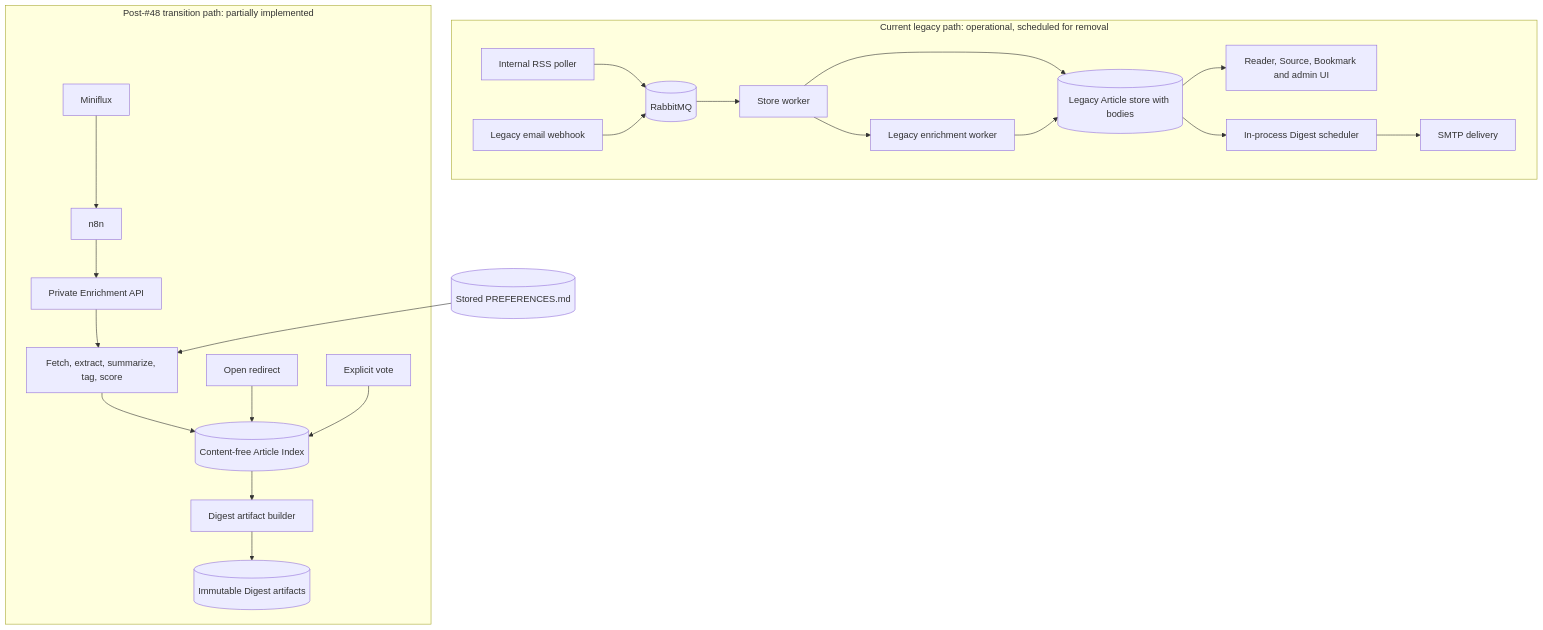
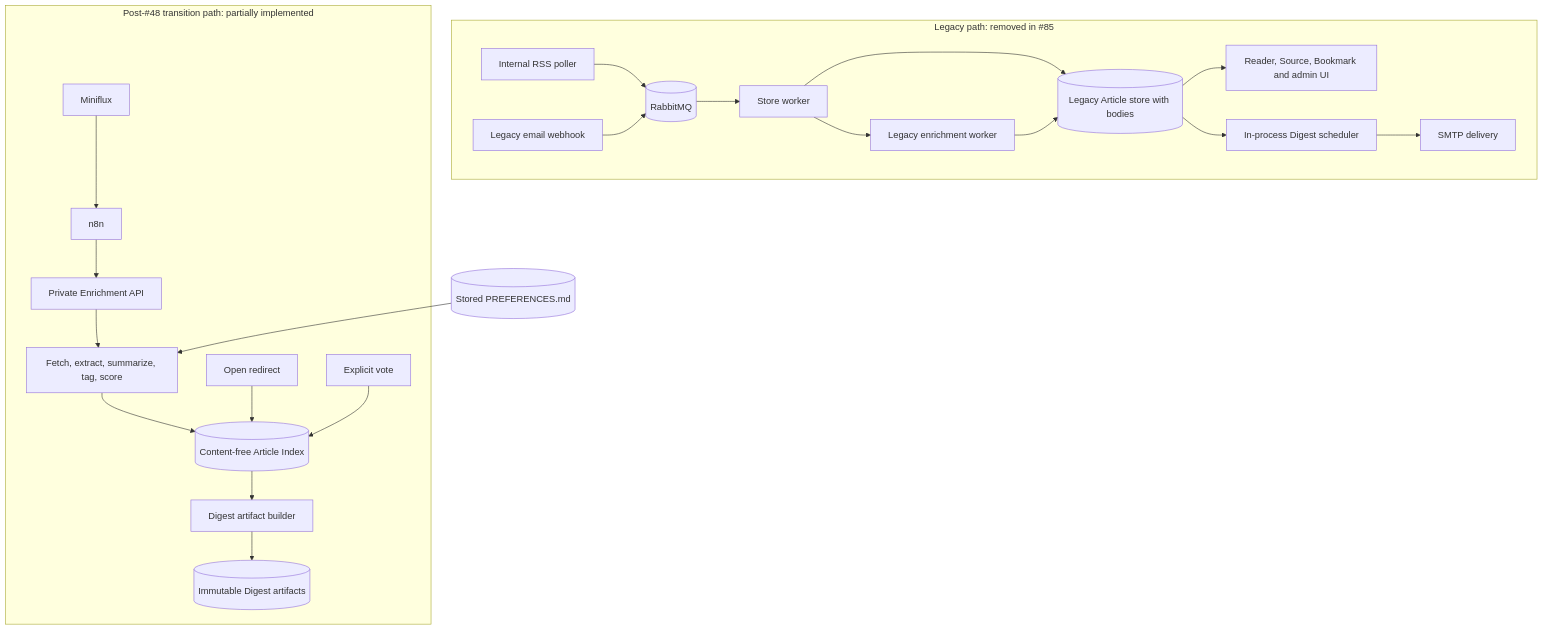
One commit to ffrt-labs/agregado changed the second of 6 diagrams in docs/architecture/agregado.md. Above: the diagram before and after it, drawn with Mermaid. The commit also changed other lines of this file and 16 other files, not shown here.

````diff
--- a/docs/architecture/agregado.md
+++ b/docs/architecture/agregado.md
@@ -56,27 +63,27 @@
 ```mermaid
 flowchart TB
-    subgraph Legacy[Current legacy path: operational, scheduled for removal]
+    subgraph Legacy[Legacy path: removed in #85]
         POLLER[Internal RSS poller] --> MQ[(RabbitMQ)]
         EMAIL[Legacy email webhook] --> MQ
         MQ --> STORE[Store worker]
         STORE --> OLDDB[(Legacy Article store with bodies)]
         STORE --> OLDENRICH[Legacy enrichment worker]
         OLDENRICH --> OLDDB
         OLDDB --> UI[Reader, Source, Bookmark and admin UI]
         OLDDB --> CRON[In-process Digest scheduler]
         CRON --> SMTP[SMTP delivery]
     end
 
     subgraph Pivot[Post-#48 transition path: partially implemented]
         MINIFLUX[Miniflux] --> N8N[n8n]
         N8N --> NEWAPI[Private Enrichment API]
         NEWAPI --> PIPE[Fetch, extract, summarize, tag, score]
         PIPE --> NEWDB[(Content-free Article Index)]
         NEWDB --> DART[Digest artifact builder]
         DART --> DDB[(Immutable Digest artifacts)]
         OPN[Open redirect] --> NEWDB
         VOT[Explicit vote] --> NEWDB
     end
 
     PREF[(Stored PREFERENCES.md)] --> PIPE
 ```
````
